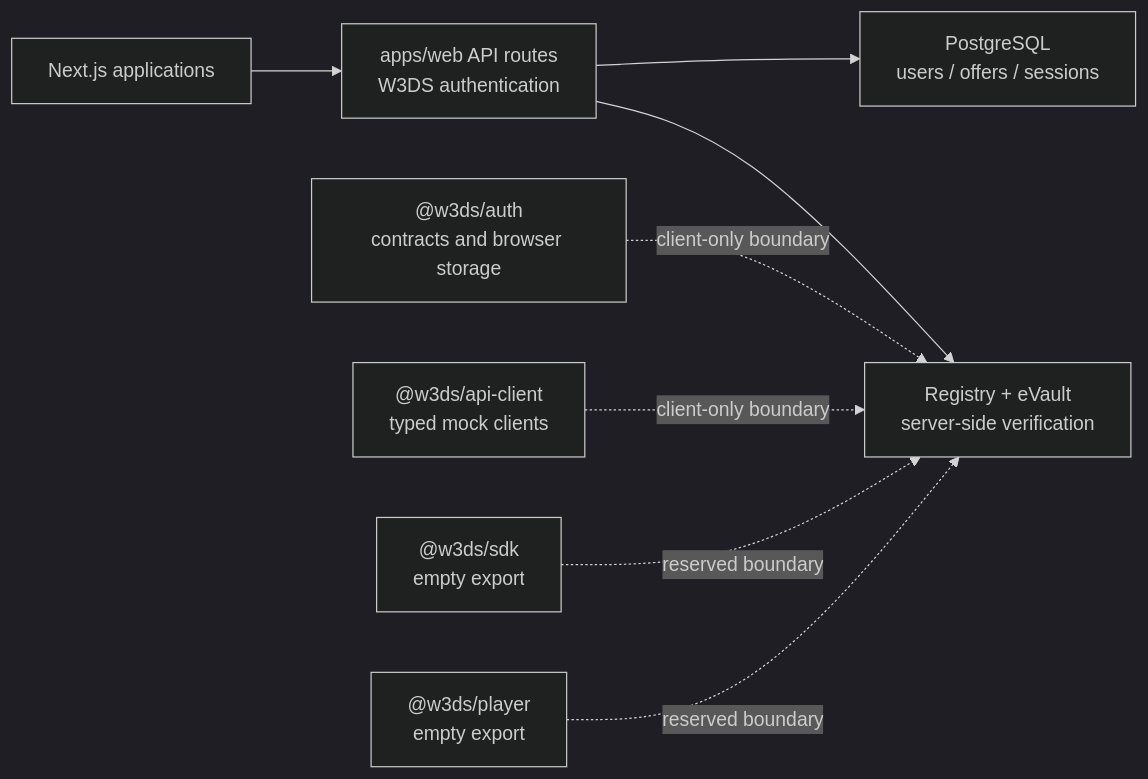
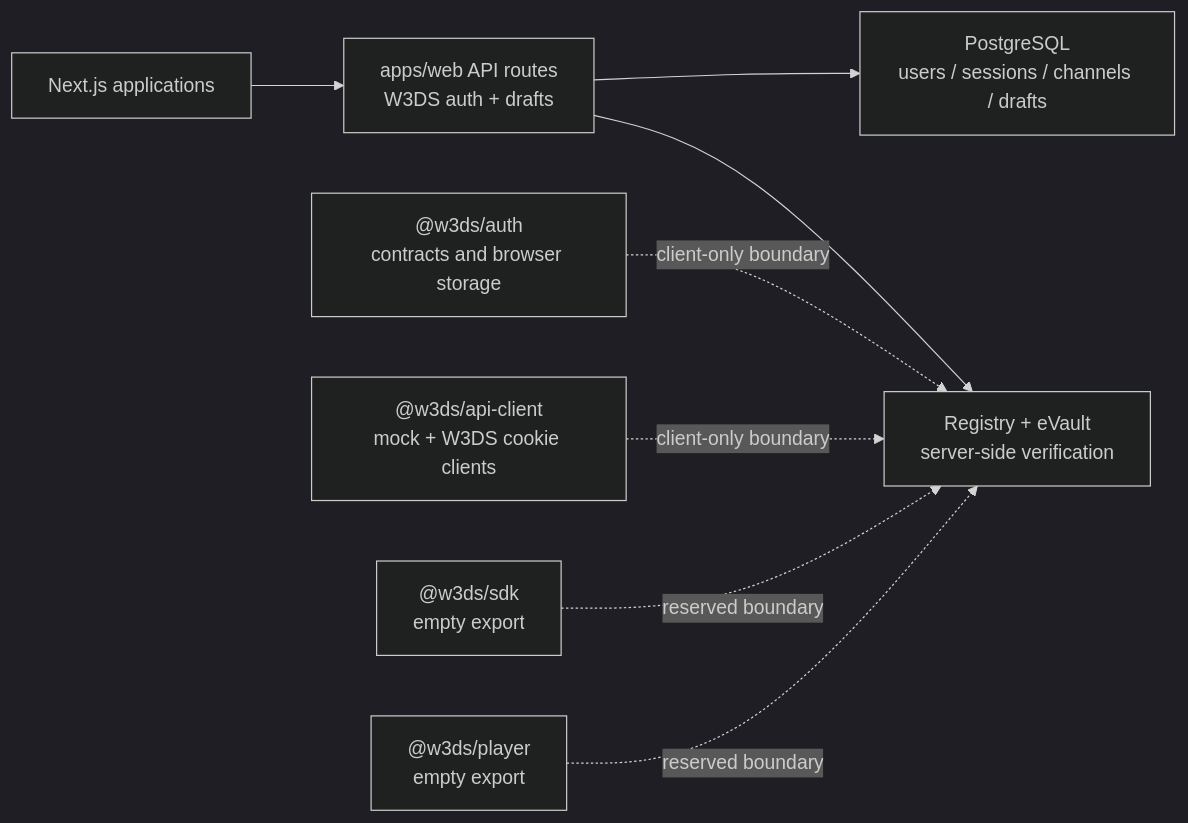
Before and after one commit to serobkhachatryan-cpu/vidak: the diagram in docs/backend.md, drawn with Mermaid (dark theme). The commit also changed other lines of this file and 29 other files, not shown here.

Commit message:
feat(api): add persistent creator video drafts

````diff
--- a/docs/backend.md
+++ b/docs/backend.md
@@ -14,10 +13,10 @@
 ```mermaid
 flowchart LR
-  Clients["Next.js applications"] --> Auth["apps/web API routes\nW3DS authentication"]
-  Auth --> DB["PostgreSQL\nusers / offers / sessions"]
+  Clients["Next.js applications"] --> Auth["apps/web API routes\nW3DS auth + drafts"]
+  Auth --> DB["PostgreSQL\nusers / sessions / channels / drafts"]
   Auth --> Platform["Registry + eVault\nserver-side verification"]
   Contracts["@w3ds/auth<br/>contracts and browser storage"] -. client-only boundary .-> Platform
-  API["@w3ds/api-client<br/>typed mock clients"] -. client-only boundary .-> Platform
+  API["@w3ds/api-client<br/>mock + W3DS cookie clients"] -. client-only boundary .-> Platform
   SDK["@w3ds/sdk<br/>empty export"] -. reserved boundary .-> Platform
   Player["@w3ds/player<br/>empty export"] -. reserved boundary .-> Platform
 ```
````
